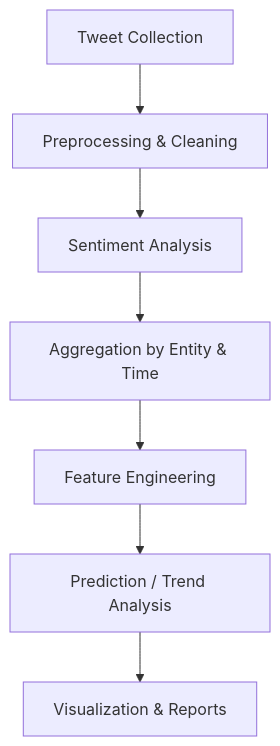
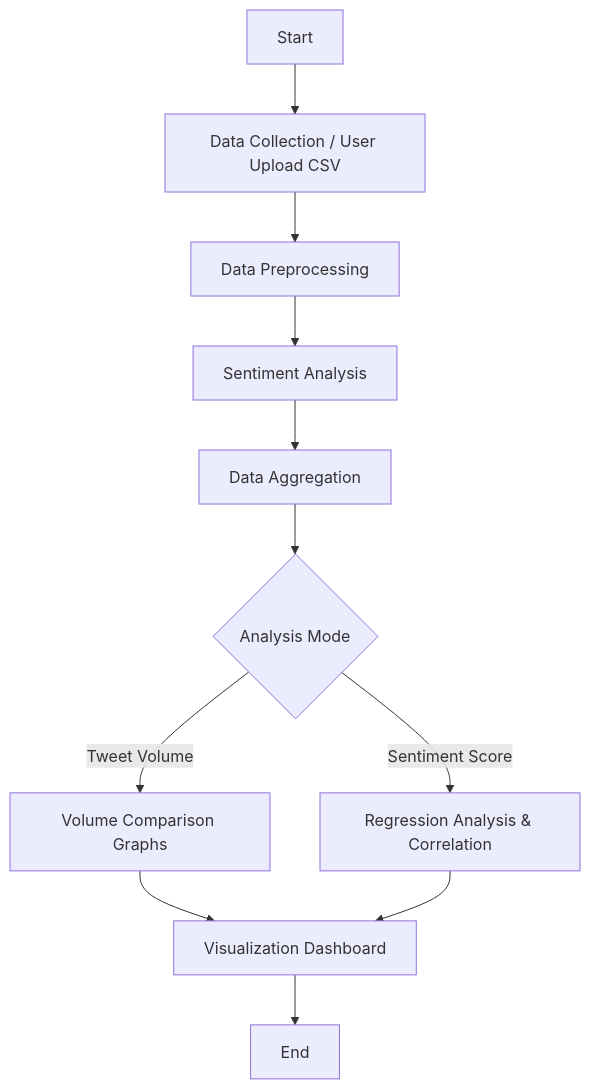
Before and after one commit to shrestha3103/election-prediction-using-sentiment-analysis: the diagram in README.md, drawn with Mermaid. The commit also changed other lines of this file, not shown here.

First line of the commit message:
Revise README for Electoral Result Prediction System

````diff
--- a/README.md
+++ b/README.md
@@ -94,9 +15,13 @@
 ```mermaid
-flowchart TD
-    A[Tweet Collection] --> B[Preprocessing & Cleaning]
-    B --> C[Sentiment Analysis]
-    C --> D[Aggregation by Entity & Time]
-    D --> E[Feature Engineering]
-    E --> F[Prediction / Trend Analysis]
-    F --> G[Visualization & Reports]
+graph TD
+    A[Start] --> B[Data Collection / User Upload CSV]
+    B --> C[Data Preprocessing]
+    C --> D[Sentiment Analysis]
+    D --> E[Data Aggregation]
+    E --> F{Analysis Mode}
+    F -->|Tweet Volume| G[Volume Comparison Graphs]
+    F -->|Sentiment Score| H[Regression Analysis & Correlation]
+    G --> I[Visualization Dashboard]
+    H --> I
+    I --> J[End]
 ```
````
